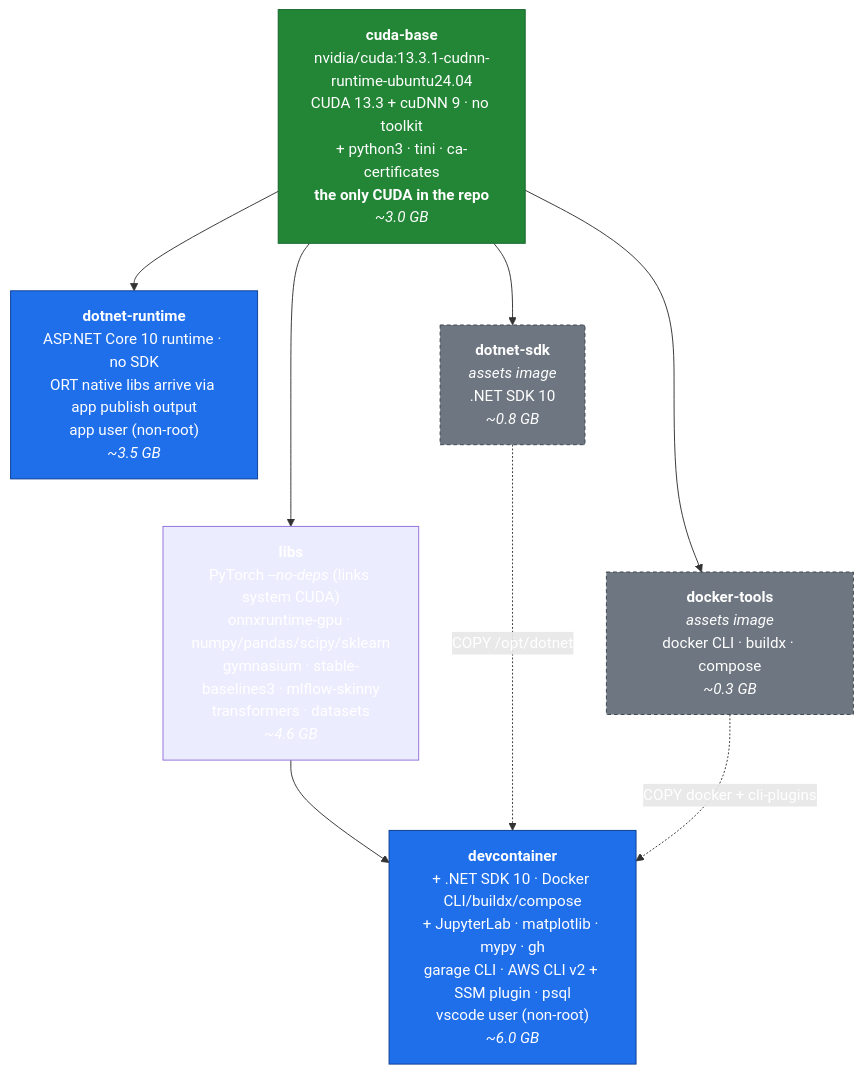
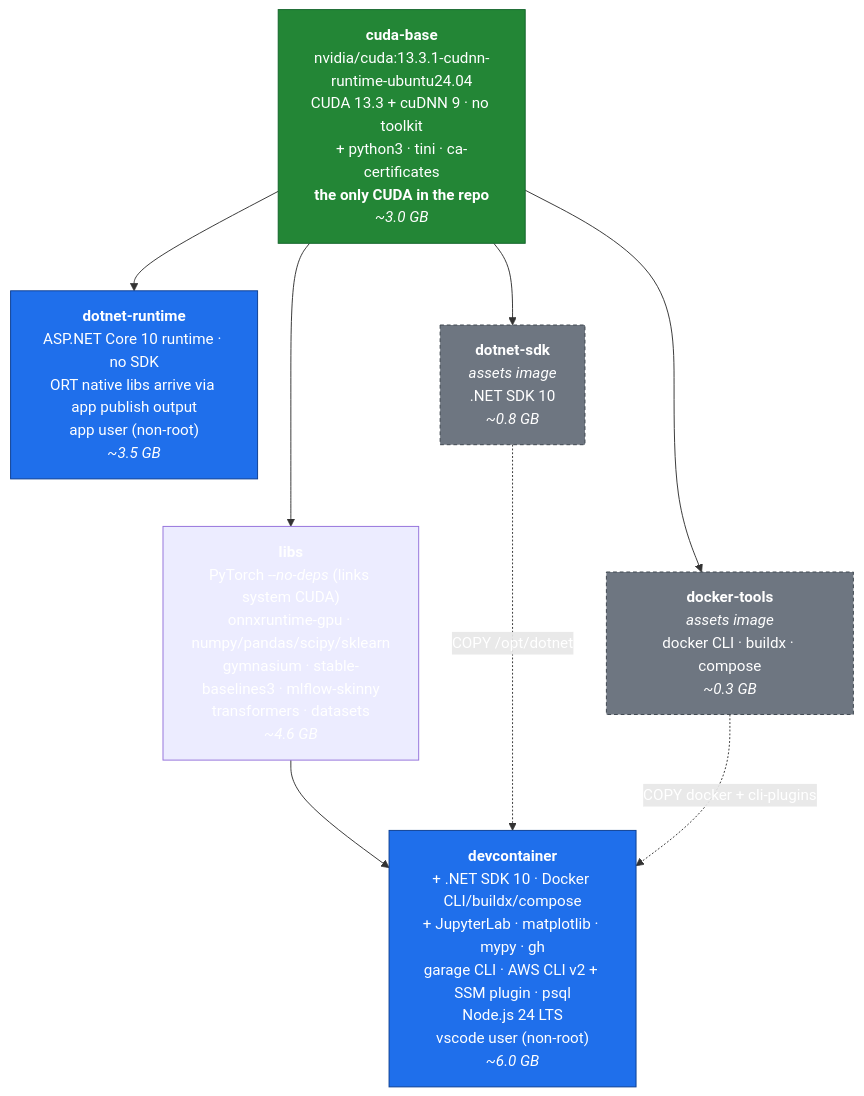
The diagram in DESIGN.md (goldsam/ml-images), drawn with Mermaid before and after one commit. The commit also changed 4 other files, not shown here.

First line of the commit message:
Add Node.js 24 LTS to the devcontainer

````diff
--- a/DESIGN.md
+++ b/DESIGN.md
@@ -49,30 +49,30 @@
 ```mermaid
 graph TD
     cudabase["<b>cuda-base</b><br/>nvidia/cuda:13.3.1-cudnn-runtime-ubuntu24.04<br/>CUDA 13.3 + cuDNN 9 · no toolkit<br/>+ python3 · tini · ca-certificates<br/><b>the only CUDA in the repo</b><br/><i>~3.0 GB</i>"]
 
     libs["<b>libs</b><br/>PyTorch <i>--no-deps</i> (links system CUDA)<br/>onnxruntime-gpu · numpy/pandas/scipy/sklearn<br/>gymnasium · stable-baselines3 · mlflow-skinny<br/>transformers · datasets<br/><i>~4.6 GB</i>"]
 
-    devc["<b>devcontainer</b><br/>+ .NET SDK 10 · Docker CLI/buildx/compose<br/>+ JupyterLab · matplotlib · mypy · gh<br/>garage CLI · AWS CLI v2 + SSM plugin · psql<br/>vscode user (non-root)<br/><i>~6.0 GB</i>"]
+    devc["<b>devcontainer</b><br/>+ .NET SDK 10 · Docker CLI/buildx/compose<br/>+ JupyterLab · matplotlib · mypy · gh<br/>garage CLI · AWS CLI v2 + SSM plugin · psql<br/>Node.js 24 LTS<br/>vscode user (non-root)<br/><i>~6.0 GB</i>"]
 
     dotnetrt["<b>dotnet-runtime</b><br/>ASP.NET Core 10 runtime · no SDK<br/>ORT native libs arrive via app publish output<br/>app user (non-root)<br/><i>~3.5 GB</i>"]
 
     dotnetsdk["<b>dotnet-sdk</b><br/><i>assets image</i><br/>.NET SDK 10<br/><i>~0.8 GB</i>"]
 
     dockertools["<b>docker-tools</b><br/><i>assets image</i><br/>docker CLI · buildx · compose<br/><i>~0.3 GB</i>"]
 
     cudabase --> libs
     cudabase --> dotnetrt
     cudabase --> dotnetsdk
     cudabase --> dockertools
     libs --> devc
     dotnetsdk ~~~ dockertools
     dotnetsdk -.->|"COPY /opt/dotnet"| devc
     dockertools -.->|"COPY docker + cli-plugins"| devc
 
     classDef leaf fill:#1f6feb,stroke:#0b3d91,color:#fff
     classDef assets fill:#6e7681,stroke:#3d444d,color:#fff,stroke-dasharray:4 3
     classDef root fill:#238636,stroke:#116329,color:#fff
     class devc,dotnetrt leaf
     class dotnetsdk,dockertools assets
     class cudabase root
 ```
````
